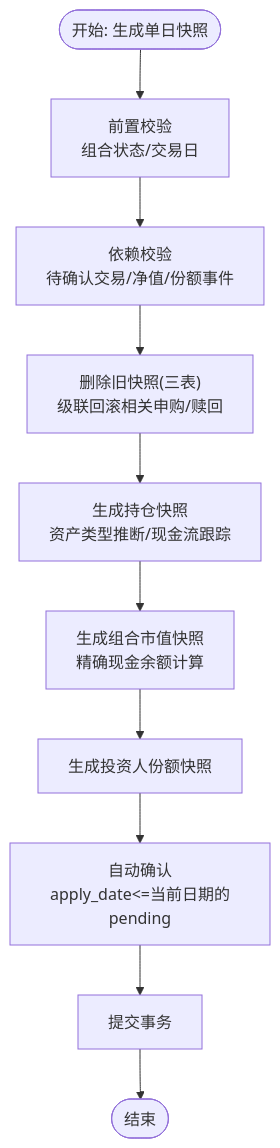
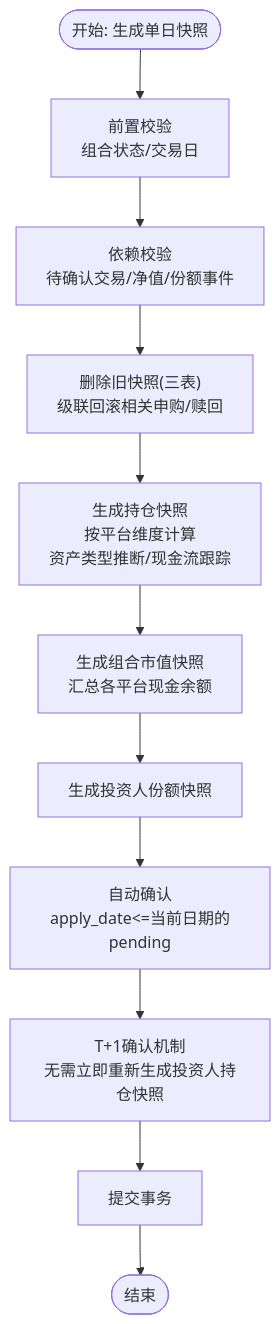
One commit to gujialind/InvestRing changed the third of 4 diagrams in .qoder/repowiki/zh/content/核心业务功能/净值快照系统.md. Above: the diagram before and after it, drawn with Mermaid. The commit also changed other lines of this file and 42 other files, not shown here.

````diff
--- a/.qoder/repowiki/zh/content/核心业务功能/净值快照系统.md
+++ b/.qoder/repowiki/zh/content/核心业务功能/净值快照系统.md
@@ -193,12 +211,13 @@
 ```mermaid
 flowchart TD
 Start(["开始: 生成单日快照"]) --> PreCheck["前置校验<br/>组合状态/交易日"]
 PreCheck --> DepCheck["依赖校验<br/>待确认交易/净值/份额事件"]
 DepCheck --> DeleteOld["删除旧快照(三表)<br/>级联回滚相关申购/赎回"]
-DeleteOld --> GenPos["生成持仓快照<br/>资产类型推断/现金流跟踪"]
-GenPos --> GenVal["生成组合市值快照<br/>精确现金余额计算"]
+DeleteOld --> GenPos["生成持仓快照<br/>按平台维度计算<br/>资产类型推断/现金流跟踪"]
+GenPos --> GenVal["生成组合市值快照<br/>汇总各平台现金余额"]
 GenVal --> GenHold["生成投资人份额快照"]
 GenHold --> AutoConfirm["自动确认<br/>apply_date<=当前日期的pending"]
-AutoConfirm --> Commit["提交事务"]
+AutoConfirm --> TPlus1["T+1确认机制<br/>无需立即重新生成投资人持仓快照"]
+TPlus1 --> Commit["提交事务"]
 Commit --> End(["结束"])
 ```
````
